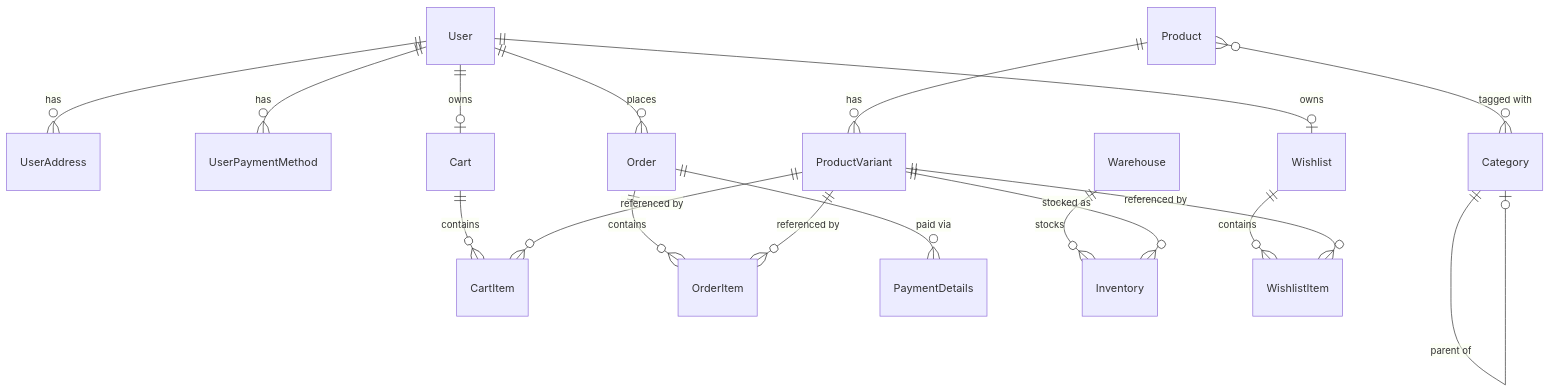
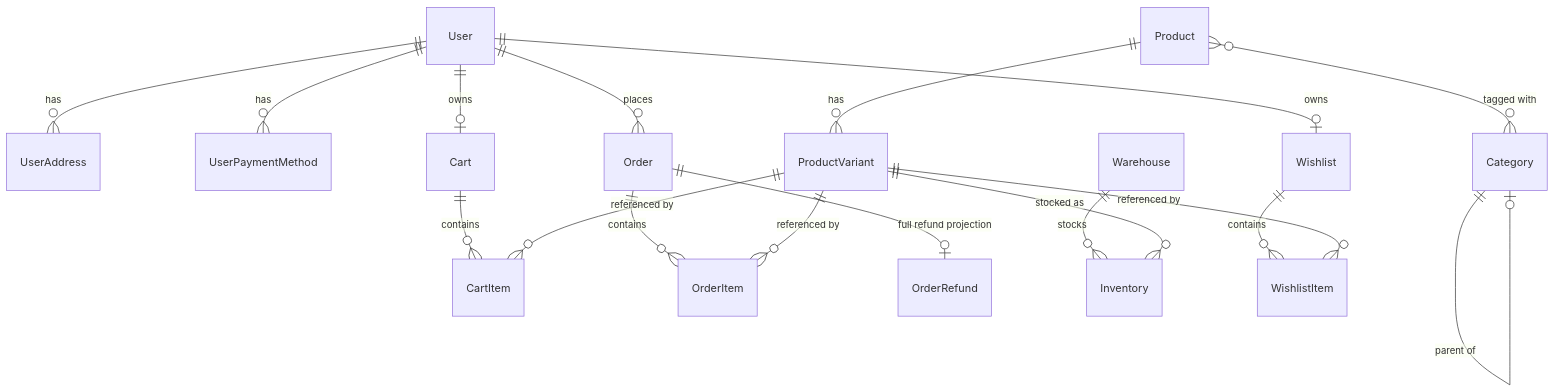
One commit to VladimirNilov28/dot-com-retail changed the diagram in docs/api/graphql-schema.md. Above: the diagram before and after it, drawn with Mermaid. The commit also changed other lines of this file and 7 other files, not shown here.

First line of the commit message:
docs(api): publish cancellation refund contract and verified Hive schema

````diff
--- a/docs/api/graphql-schema.md
+++ b/docs/api/graphql-schema.md
@@ -228,25 +238,25 @@
 ```mermaid
 erDiagram
     User ||--o{ UserAddress : has
     User ||--o{ UserPaymentMethod : has
     User ||--o| Cart : owns
     User ||--o{ Order : places
     User ||--o| Wishlist : owns
 
     Product ||--o{ ProductVariant : has
     Product }o--o{ Category : "tagged with"
     Category ||--o| Category : "parent of"
 
     Cart ||--o{ CartItem : contains
     ProductVariant ||--o{ CartItem : "referenced by"
 
     Order ||--o{ OrderItem : contains
-    Order ||--o{ PaymentDetails : "paid via"
+    Order ||--o| OrderRefund : "full refund projection"
     ProductVariant ||--o{ OrderItem : "referenced by"
 
     Warehouse ||--o{ Inventory : stocks
     ProductVariant ||--o{ Inventory : "stocked as"
 
     Wishlist ||--o{ WishlistItem : contains
     ProductVariant ||--o{ WishlistItem : "referenced by"
 ```
````
